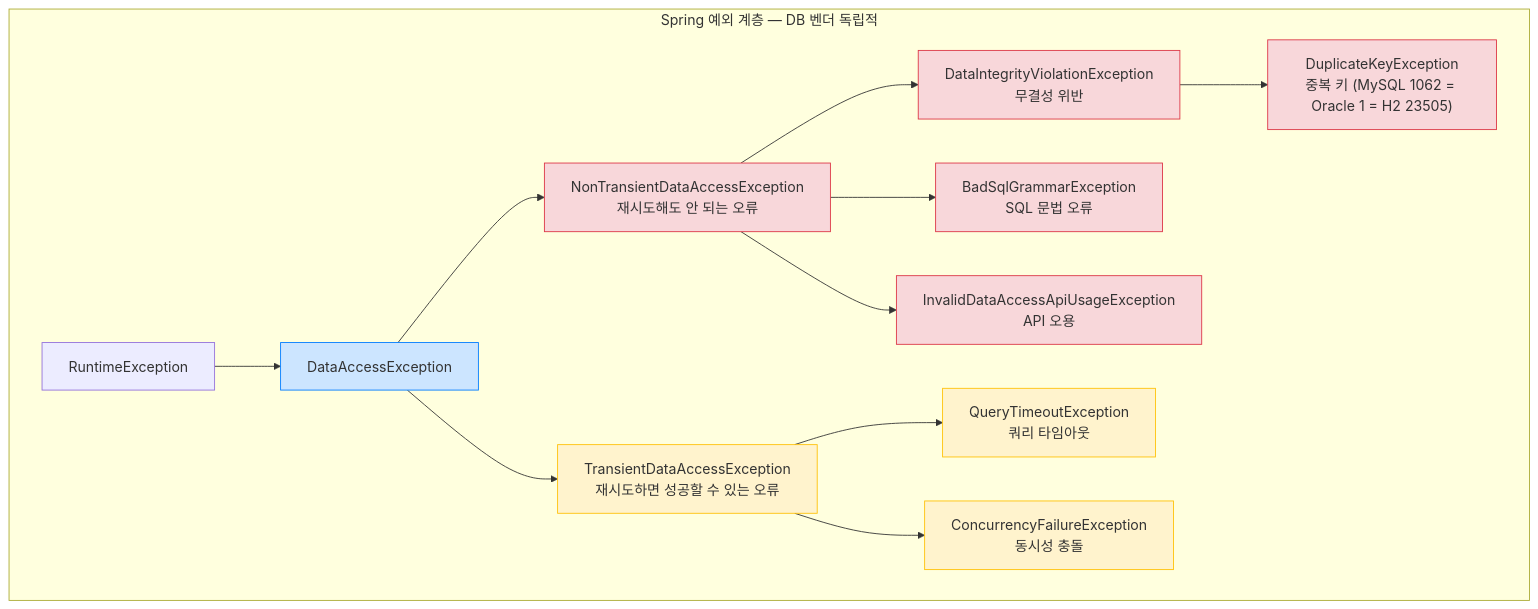
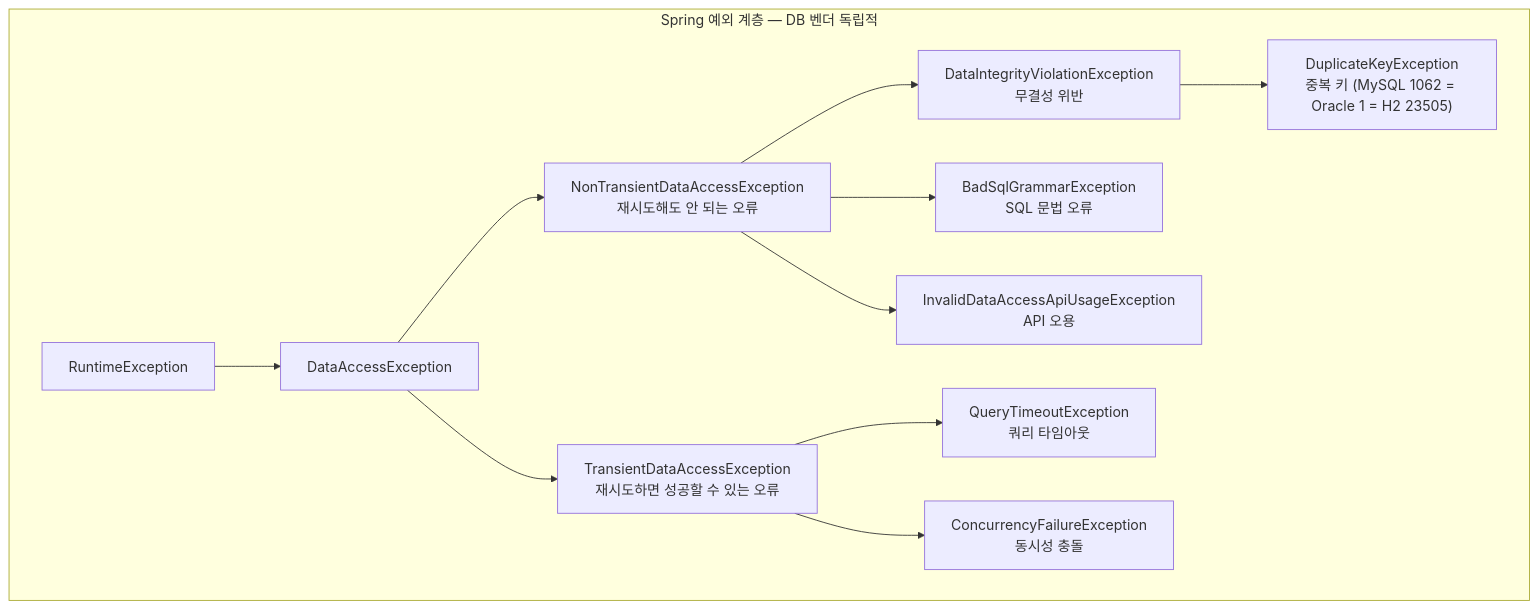
The ninth of 11 diagrams in _posts/spring/2026-05-02-spring-db-1.md (yjkim2015/yjkim2015.github.io), drawn with Mermaid before and after one commit. The commit also changed other lines of this file and 215 other files, not shown here.

First line of the commit message:
신규 포스트 10개 추가 + Mermaid 전면 축소 + SystemDesign 시리즈 보강

````diff
--- a/_posts/spring/2026-05-02-spring-db-1.md
+++ b/_posts/spring/2026-05-02-spring-db-1.md
@@ -625,24 +523,14 @@
 ```mermaid
 graph TD
     subgraph "Spring 예외 계층 — DB 벤더 독립적"
         A["RuntimeException"] --> B["DataAccessException"]
         B --> C["NonTransientDataAccessException\n재시도해도 안 되는 오류"]
         B --> D["TransientDataAccessException\n재시도하면 성공할 수 있는 오류"]
-
         C --> E["DataIntegrityViolationException\n무결성 위반"]
         C --> F["BadSqlGrammarException\nSQL 문법 오류"]
         C --> G["InvalidDataAccessApiUsageException\nAPI 오용"]
-
         D --> H["QueryTimeoutException\n쿼리 타임아웃"]
         D --> I["ConcurrencyFailureException\n동시성 충돌"]
-
         E --> J["DuplicateKeyException\n중복 키 (MySQL 1062 = Oracle 1 = H2 23505)"]
     end
-
-    classDef error fill:#f8d7da,stroke:#dc3545
-    classDef warn fill:#fff3cd,stroke:#ffc107
-    classDef info fill:#cce5ff,stroke:#007bff
-    class C,E,F,G,J error
-    class D,H,I warn
-    class B info
 ```
````
